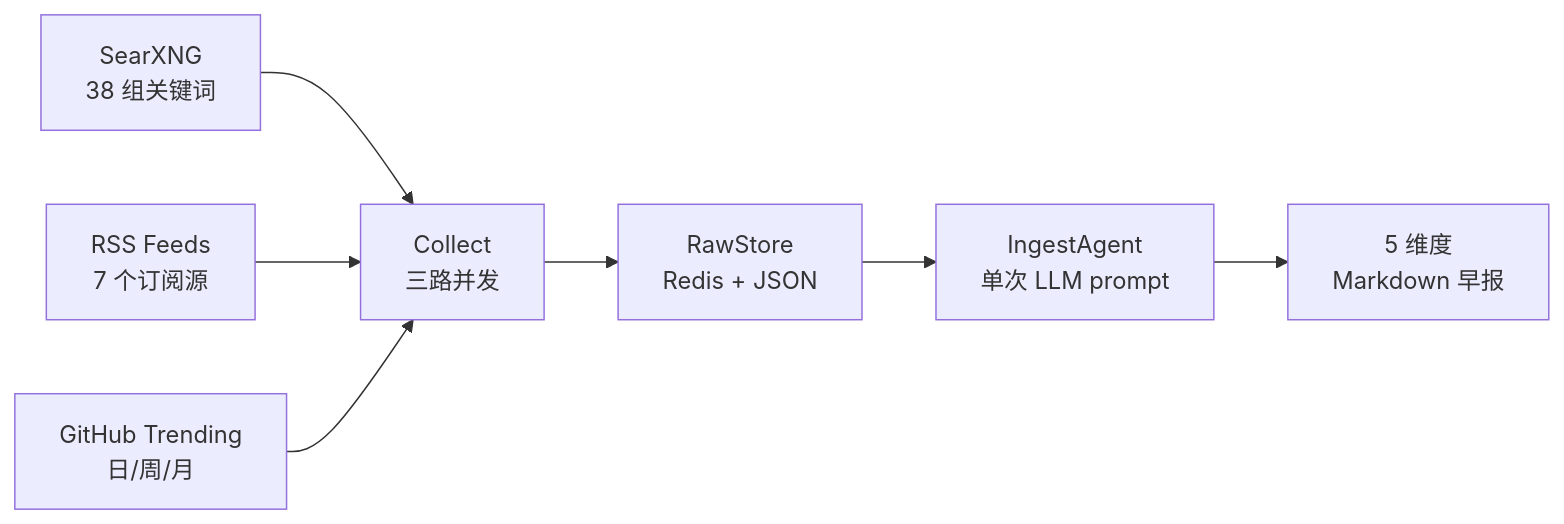
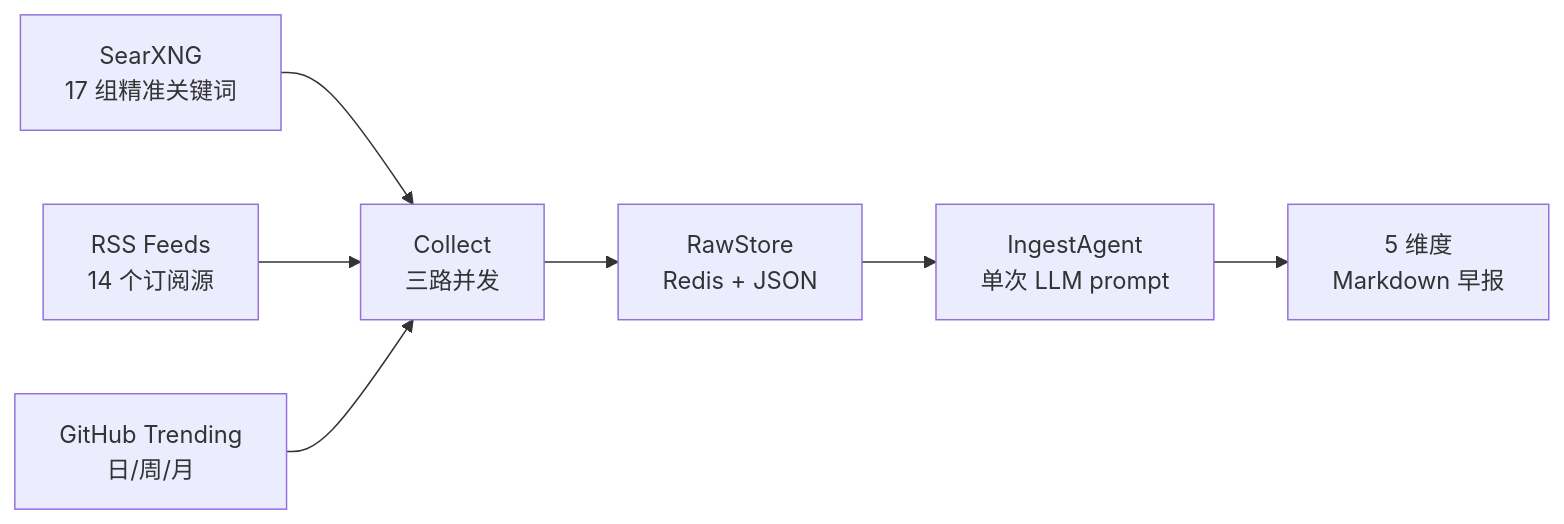
The first of 2 diagrams in README.md (xinovate/linglong-scout), drawn with Mermaid before and after one commit. The commit also changed other lines of this file and 6 other files, not shown here.

````diff
--- a/README.md
+++ b/README.md
@@ -13,9 +9,9 @@
 ```mermaid
 graph LR
-    SearXNG["SearXNG<br/>38 组关键词"] --> Collect
-    RSS["RSS Feeds<br/>7 个订阅源"] --> Collect
+    SearXNG["SearXNG<br/>17 组精准关键词"] --> Collect
+    RSS["RSS Feeds<br/>14 个订阅源"] --> Collect
     GH["GitHub Trending<br/>日/周/月"] --> Collect
     Collect["Collect<br/>三路并发"] --> Raw["RawStore<br/>Redis + JSON"]
     Raw --> Agent["IngestAgent<br/>单次 LLM prompt"]
     Agent --> Brief["5 维度<br/>Markdown 早报"]
 ```
````
